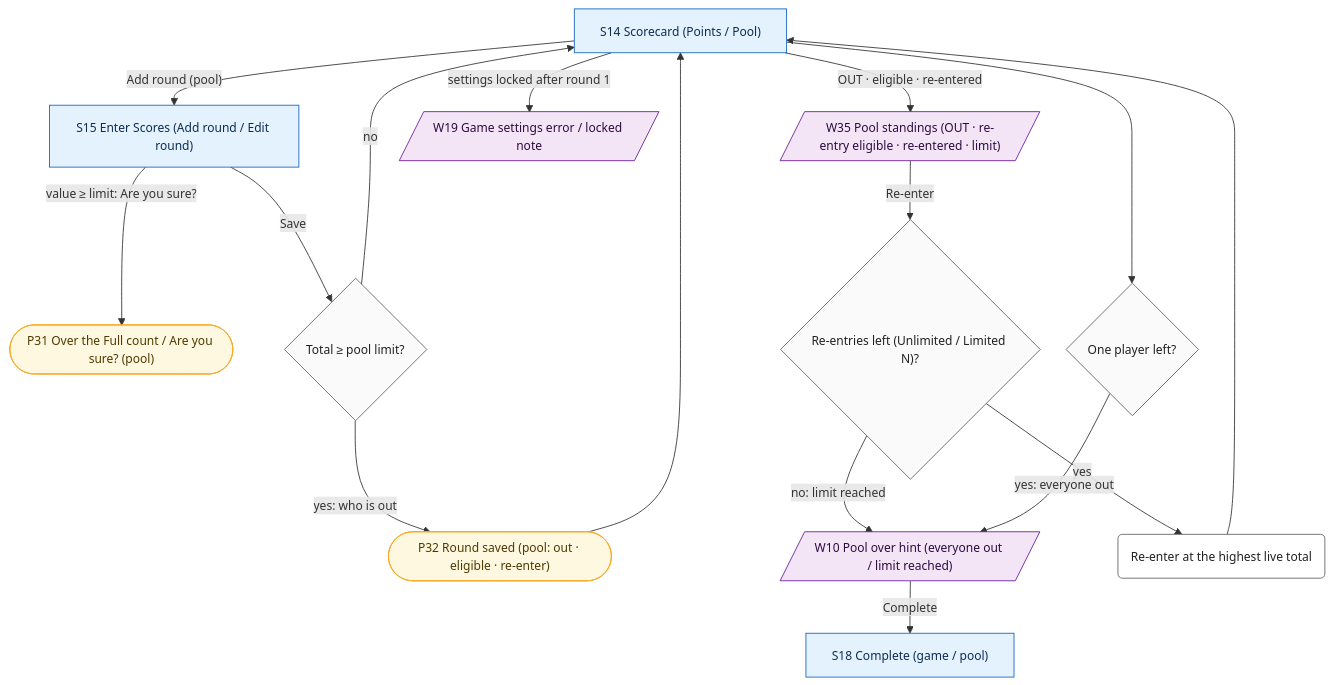
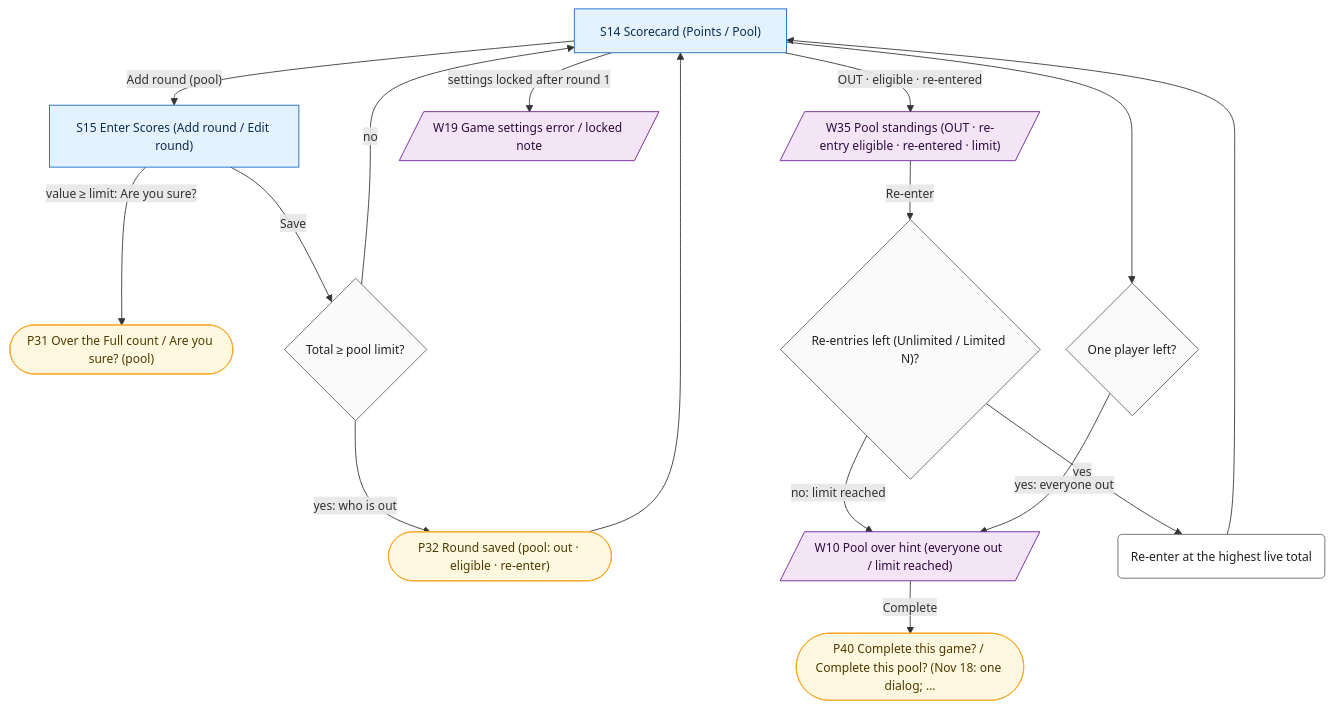
Before and after one commit to sreeatcandorps/RummyHome: the diagram in rummy-home3/docs/flows/mmd/F09-pool-out-re-entry-limit.mmd, drawn with Mermaid. The commit also changed 72 other files, not shown here.

```diff
--- a/rummy-home3/docs/flows/mmd/F09-pool-out-re-entry-limit.mmd
+++ b/rummy-home3/docs/flows/mmd/F09-pool-out-re-entry-limit.mmd
@@ -1,38 +1,38 @@
 %%{init: {"flowchart": {"wrappingWidth": 230, "nodeSpacing": 30, "rankSpacing": 40}, "themeVariables": {"fontSize": "14px"}}}%%
 flowchart TD
   s14["S14 Scorecard (Points / Pool)"]:::screen
   s15["S15 Enter Scores (Add round / Edit round)"]:::screen
   p32(["P32 Round saved (pool: out · eligible · re-enter)"]):::popup
   w35[/"W35 Pool standings (OUT · re-entry eligible · re-entered · limit)"/]:::warning
   w10[/"W10 Pool over hint (everyone out / limit reached)"/]:::warning
   p31(["P31 Over the Full count / Are you sure? (pool)"]):::popup
   w19[/"W19 Game settings error / locked note"/]:::warning
-  s18["S18 Complete (game / pool)"]:::screen
+  p40(["P40 Complete this game? / Complete this pool? (Nov 18: one dialog; …"]):::popup
   over{"Total ≥ pool limit?"}:::decision
   reentry{"Re-entries left (Unlimited / Limited N)?"}:::decision
   reenter("Re-enter at the highest live total"):::step
   left{"One player left?"}:::decision
   s14 -->|"Add round (pool)"| s15
   s15 -->|"value ≥ limit: Are you sure?"| p31
   s15 -->|"Save"| over
   over -->|"yes: who is out"| p32
   over -->|"no"| s14
   p32 --> s14
   s14 -->|"OUT · eligible · re-entered"| w35
   w35 -->|"Re-enter"| reentry
   reentry -->|"yes"| reenter
   reenter --> s14
   reentry -->|"no: limit reached"| w10
   s14 --> left
   left -->|"yes: everyone out"| w10
-  w10 -->|"Complete"| s18
+  w10 -->|"Complete"| p40
   s14 -->|"settings locked after round 1"| w19
   classDef screen fill:#e3f2fd,stroke:#1565c0,color:#0d2c54
   classDef popup fill:#fff8e1,stroke:#f9a825,color:#4e3a00
   classDef warning fill:#f3e5f5,stroke:#6a1b9a,color:#2e0b40
   classDef email fill:#e8f5e9,stroke:#2e7d32,color:#0b3d12
   classDef step fill:#ffffff,stroke:#616161,color:#212121
   classDef decision fill:#fafafa,stroke:#616161,color:#212121
   classDef stop fill:#eeeeee,stroke:#424242,color:#212121
   classDef flow fill:#e3f2fd,stroke:#1565c0,color:#0d2c54
   classDef gap fill:#fde2e2,stroke:#c62828,color:#7f0000,stroke-width:2px
```
